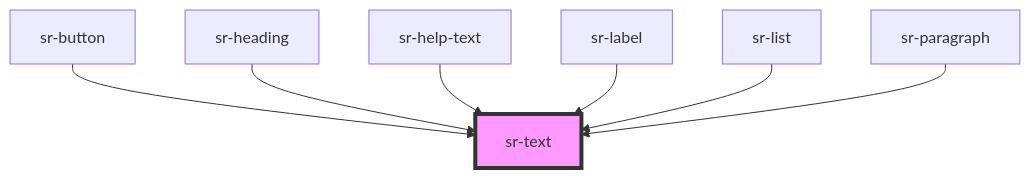
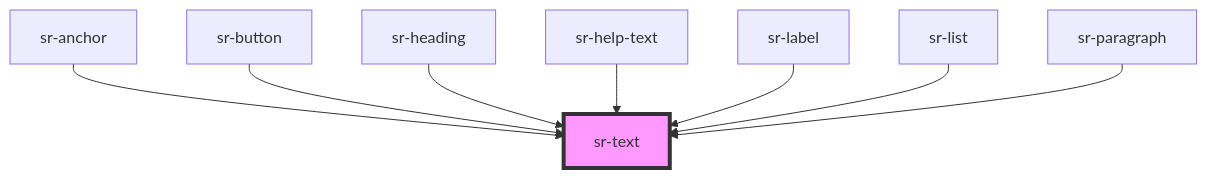
One commit to tonyblu331/spotify-replay-design-system changed the diagram in src/components/primitives/sr-text/readme.md. Above: the diagram before and after it, drawn with Mermaid. The commit also changed other lines of this file and 3 other files, not shown here.

Commit message:
Anchor typo fix and using srÃ-text

````diff
--- a/src/components/primitives/sr-text/readme.md
+++ b/src/components/primitives/sr-text/readme.md
@@ -42,10 +43,11 @@
 ```mermaid
 graph TD;
+  sr-anchor --> sr-text
   sr-button --> sr-text
   sr-heading --> sr-text
   sr-help-text --> sr-text
   sr-label --> sr-text
   sr-list --> sr-text
   sr-paragraph --> sr-text
   style sr-text fill:#f9f,stroke:#333,stroke-width:4px
 ```
````
